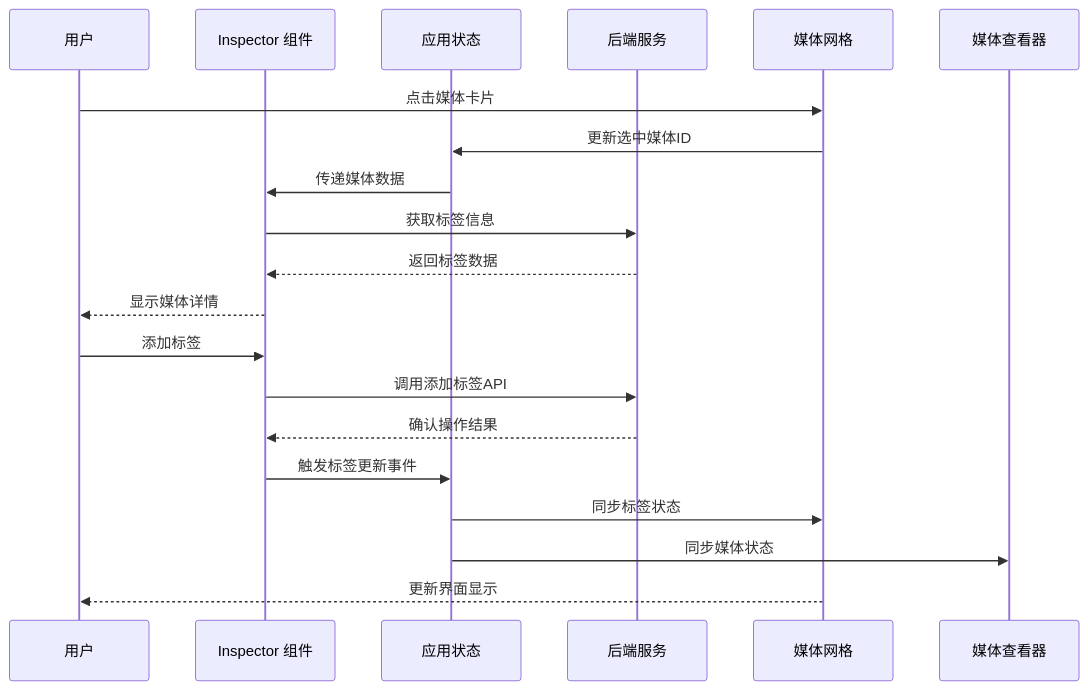
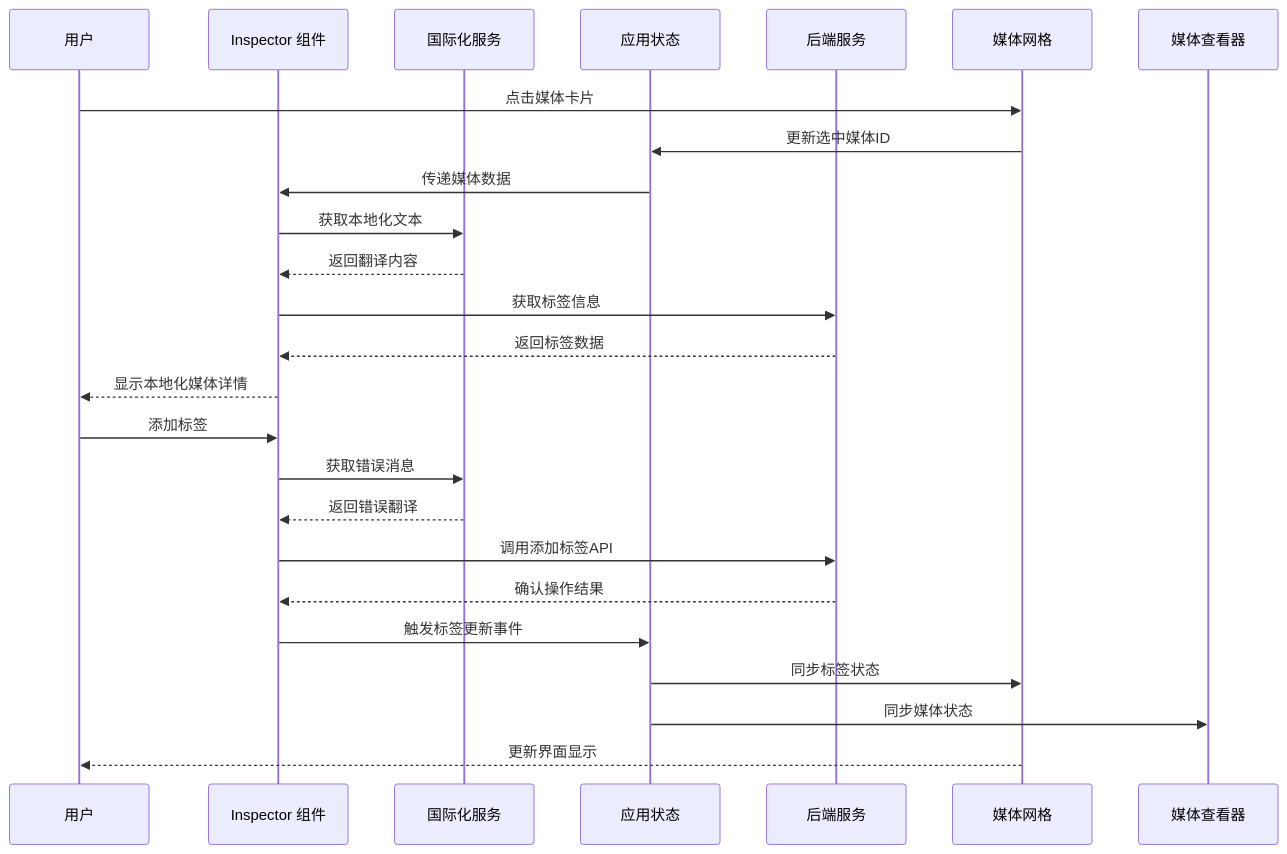
Before and after one commit to YLee9527/Medex: the second of 9 diagrams in repowiki/zh/content/前端开发/UI 组件详解/检查器组件 (Inspector).md, drawn with Mermaid. The commit also changed other lines of this file and 13 other files, not shown here.

````diff
--- a/repowiki/zh/content/前端开发/UI 组件详解/检查器组件 (Inspector).md
+++ b/repowiki/zh/content/前端开发/UI 组件详解/检查器组件 (Inspector).md
@@ -114,22 +144,27 @@
 ```mermaid
 sequenceDiagram
 participant User as 用户
 participant Inspector as Inspector 组件
+participant I18n as 国际化服务
 participant Store as 应用状态
 participant Backend as 后端服务
 participant Grid as 媒体网格
 participant Viewer as 媒体查看器
 User->>Grid : 点击媒体卡片
 Grid->>Store : 更新选中媒体ID
 Store->>Inspector : 传递媒体数据
+Inspector->>I18n : 获取本地化文本
+I18n-->>Inspector : 返回翻译内容
 Inspector->>Backend : 获取标签信息
 Backend-->>Inspector : 返回标签数据
-Inspector-->>User : 显示媒体详情
+Inspector-->>User : 显示本地化媒体详情
 User->>Inspector : 添加标签
+Inspector->>I18n : 获取错误消息
+I18n-->>Inspector : 返回错误翻译
 Inspector->>Backend : 调用添加标签API
 Backend-->>Inspector : 确认操作结果
 Inspector->>Store : 触发标签更新事件
 Store->>Grid : 同步标签状态
 Store->>Viewer : 同步媒体状态
 Grid-->>User : 更新界面显示
 ```
````
